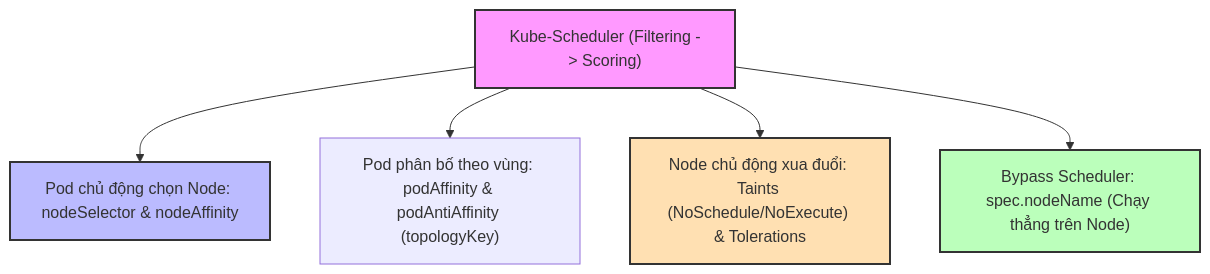
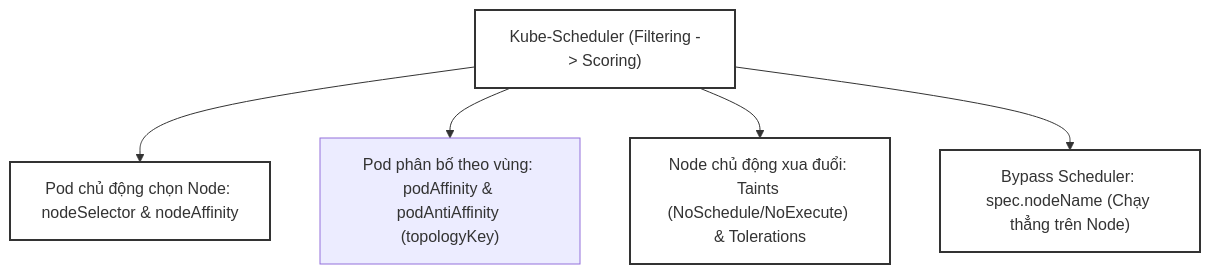
Before and after one commit to kiennt308/ntk: the second of 3 diagrams in _posts/2026-09-12-cka-17-17-scheduler-va-rang-buoc-dat-pod.md, drawn with Mermaid. The commit also changed other lines of this file and 207 other files, not shown here.

Commit message:
feat(posts): batch standardize all 208 posts with TL;DR, qa-card accordion, fill:none mermaid, and liquid raw wrappers

````diff
--- a/_posts/2026-09-12-cka-17-17-scheduler-va-rang-buoc-dat-pod.md
+++ b/_posts/2026-09-12-cka-17-17-scheduler-va-rang-buoc-dat-pod.md
@@ -396,12 +400,12 @@
 ```mermaid
 graph TD
     A["Kube-Scheduler (Filtering -> Scoring)"] --> B["Pod chủ động chọn Node: nodeSelector & nodeAffinity"]
     A --> C["Pod phân bố theo vùng: podAffinity & podAntiAffinity (topologyKey)"]
     A --> D["Node chủ động xua đuổi: Taints (NoSchedule/NoExecute) & Tolerations"]
     A --> E["Bypass Scheduler: spec.nodeName (Chạy thẳng trên Node)"]
 
-    style A fill:#f9f,stroke:#333,stroke-width:2px
-    style B fill:#bbf,stroke:#333,stroke-width:2px
-    style D fill:#ffe0b2,stroke:#333,stroke-width:2px
-    style E fill:#bfb,stroke:#333,stroke-width:2px
+    style A fill:none,stroke:#333,stroke-width:2px
+    style B fill:none,stroke:#333,stroke-width:2px
+    style D fill:none,stroke:#333,stroke-width:2px
+    style E fill:none,stroke:#333,stroke-width:2px
 ```
````
